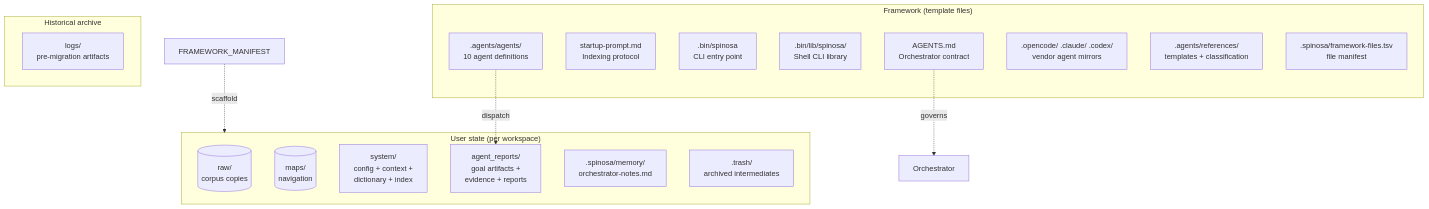
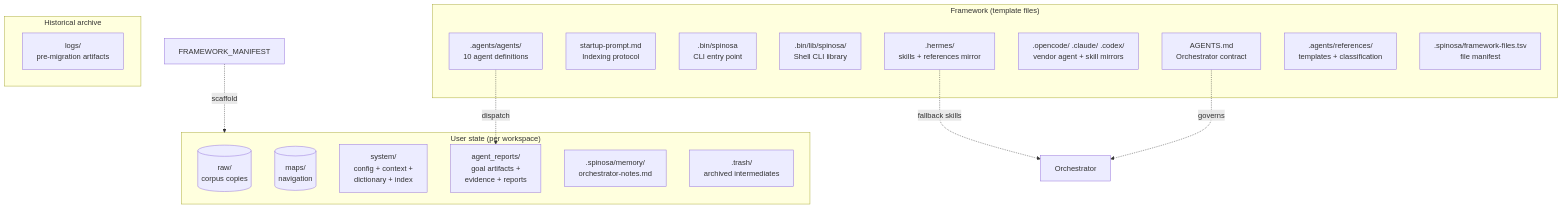
One commit to TommasoPrinetti/spinosa changed the fourth of 9 diagrams in docs/diagrams.md. Above: the diagram before and after it, drawn with Mermaid. The commit also changed other lines of this file and 31 other files, not shown here.

````diff
--- a/docs/diagrams.md
+++ b/docs/diagrams.md
@@ -151,32 +151,34 @@
 ```mermaid
 flowchart TB
     subgraph Framework ["Framework (template files)"]
         AGENTS[AGENTS.md\nOrchestrator contract]
         STARTUP[startup-prompt.md\nIndexing protocol]
         CLI_BIN[.bin/spinosa\nCLI entry point]
         SRC[.bin/lib/spinosa/\nShell CLI library]
         DEF[.agents/agents/\n10 agent definitions]
-        MIRRORS[.opencode/ .claude/ .codex/\nvendor agent mirrors]
+        MIRRORS[.opencode/ .claude/ .codex/\nvendor agent + skill mirrors]
+        HERMES[.hermes/\nskills + references mirror]
         REF[.agents/references/\ntemplates + classification]
         FILES[.spinosa/framework-files.tsv\nfile manifest]
     end
 
     subgraph UserState ["User state (per workspace)"]
         RAW2[(raw/\ncorpus copies)]
         MAPS2[(maps/\nnavigation)]
         SYS[system/\nconfig + context +
         dictionary + index]
         REPORTS[agent_reports/\ngoal artifacts +
         evidence + reports]
         MEMORY[.spinosa/memory/\norchestrator-notes.md]
         TRASH[.trash/\narchived intermediates]
     end
 
     subgraph Logs ["Historical archive"]
         LOGS[logs/\npre-migration artifacts]
     end
 
     FRAMEWORK_MANIFEST -.->|scaffold| UserState
     DEF -.->|dispatch| REPORTS
-    AGENTS -.->|governs| ORCH[Orchestrator]
+    HERMES -.->|fallback skills| ORCH[Orchestrator]
+    AGENTS -.->|governs| ORCH
 ```
````
